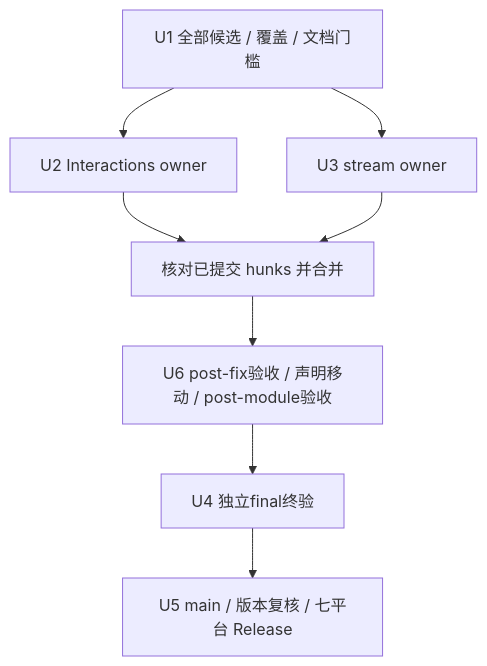
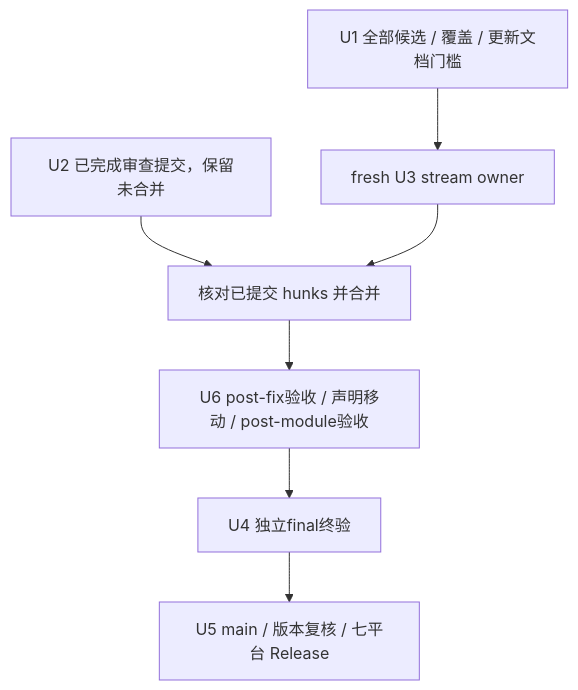
Before and after one commit to DoingDog/cpa-plugin-model-mapper: the fifth of 5 diagrams in docs/superpowers/plans/2026-10-11-functional-audit-fixes-implementation.md, drawn with Mermaid. The commit also changed other lines of this file and 1 other file, not shown here.

````diff
--- a/docs/superpowers/plans/2026-10-11-functional-audit-fixes-implementation.md
+++ b/docs/superpowers/plans/2026-10-11-functional-audit-fixes-implementation.md
@@ -151,10 +154,9 @@
 ```mermaid
 flowchart TB
-  A[U1 全部候选 / 覆盖 / 文档门槛] --> B[U2 Interactions owner]
-  A --> C[U3 stream owner]
-  B --> D[核对已提交 hunks 并合并]
+  A[U1 全部候选 / 覆盖 / 更新文档门槛] --> C[fresh U3 stream owner]
+  B[U2 已完成审查提交，保留未合并] --> D[核对已提交 hunks 并合并]
   C --> D
   D --> M[U6 post-fix验收 / 声明移动 / post-module验收]
   M --> E[U4 独立final终验]
   E --> F[U5 main / 版本复核 / 七平台 Release]
 ```
````
